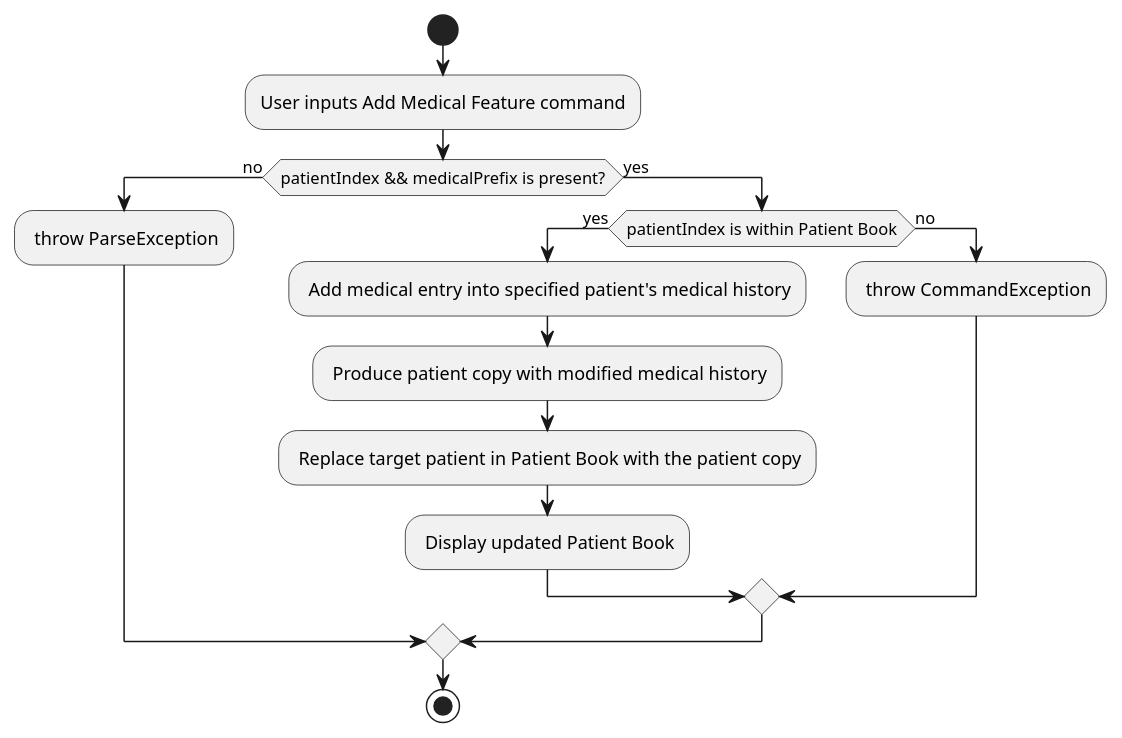
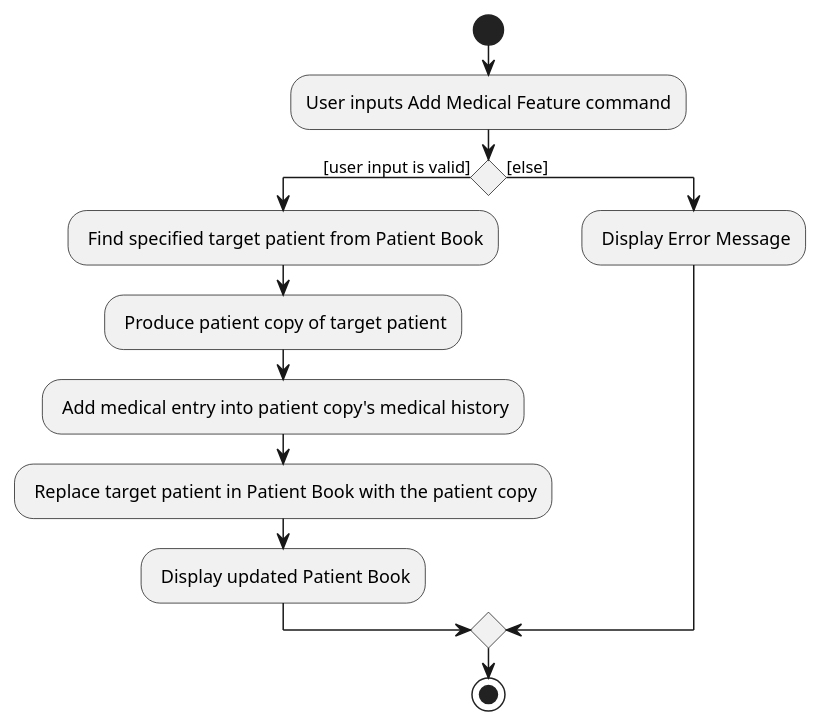
Before and after one commit to AY2122S1-CS2103-W14-1/tp: the diagram in docs/diagrams/AddMedicalEntryFeatureActivityDiagram.puml, drawn with PlantUML. The commit also changed 4 other files, not shown here.

Commit message:
Remove low level details in activity diagram

```diff
--- a/docs/diagrams/AddMedicalEntryFeatureActivityDiagram.puml
+++ b/docs/diagrams/AddMedicalEntryFeatureActivityDiagram.puml
@@ -1,20 +1,16 @@
 @startuml
 
 start
 :User inputs Add Medical Feature command;
-if (patientIndex && medicalPrefix is present?) then (no)
-: throw ParseException;
-else (yes)
-
-if (patientIndex is within Patient Book) then (yes)
-: Add medical entry into specified patient's medical history;
-: Produce patient copy with modified medical history;
+if () then ([user input is valid])
+: Find specified target patient from Patient Book;
+: Produce patient copy of target patient;
+: Add medical entry into patient copy's medical history;
 : Replace target patient in Patient Book with the patient copy;
 : Display updated Patient Book;
-else (no)
-: throw CommandException;
-endif
+else ([else])
+: Display Error Message;
 endif
 stop
 
 @enduml
```
